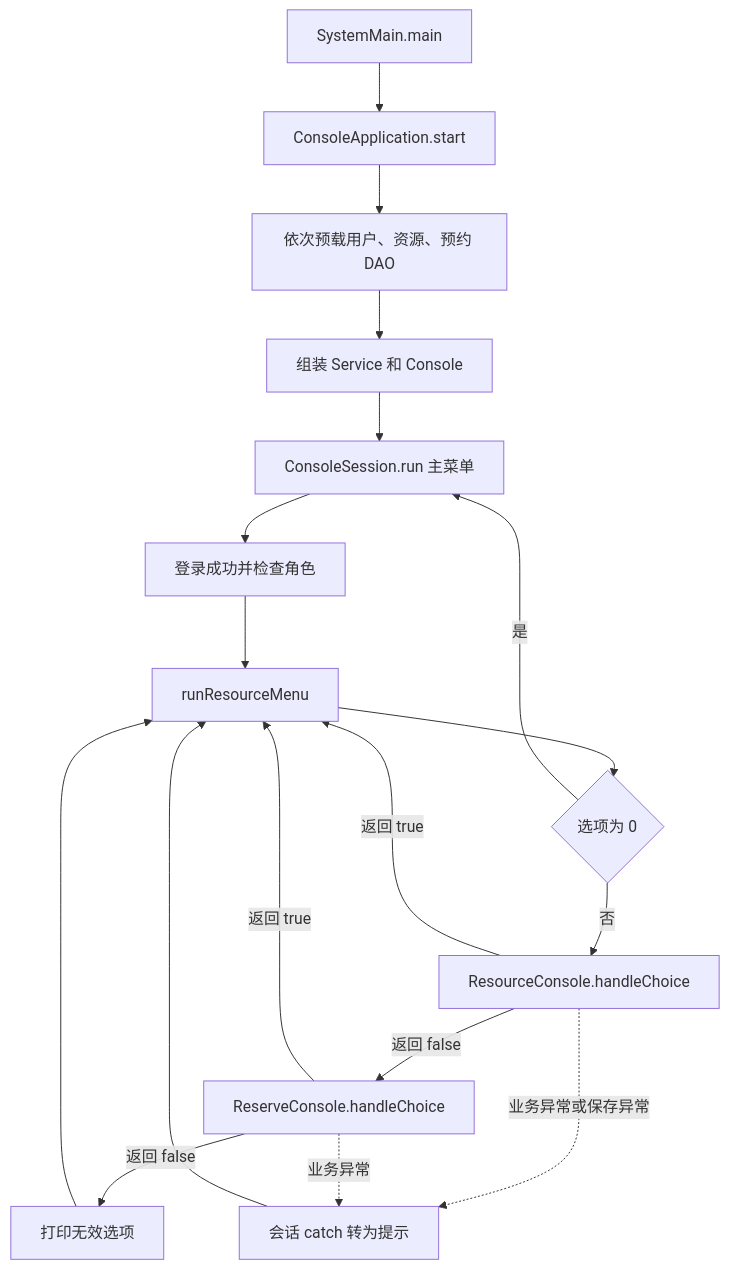
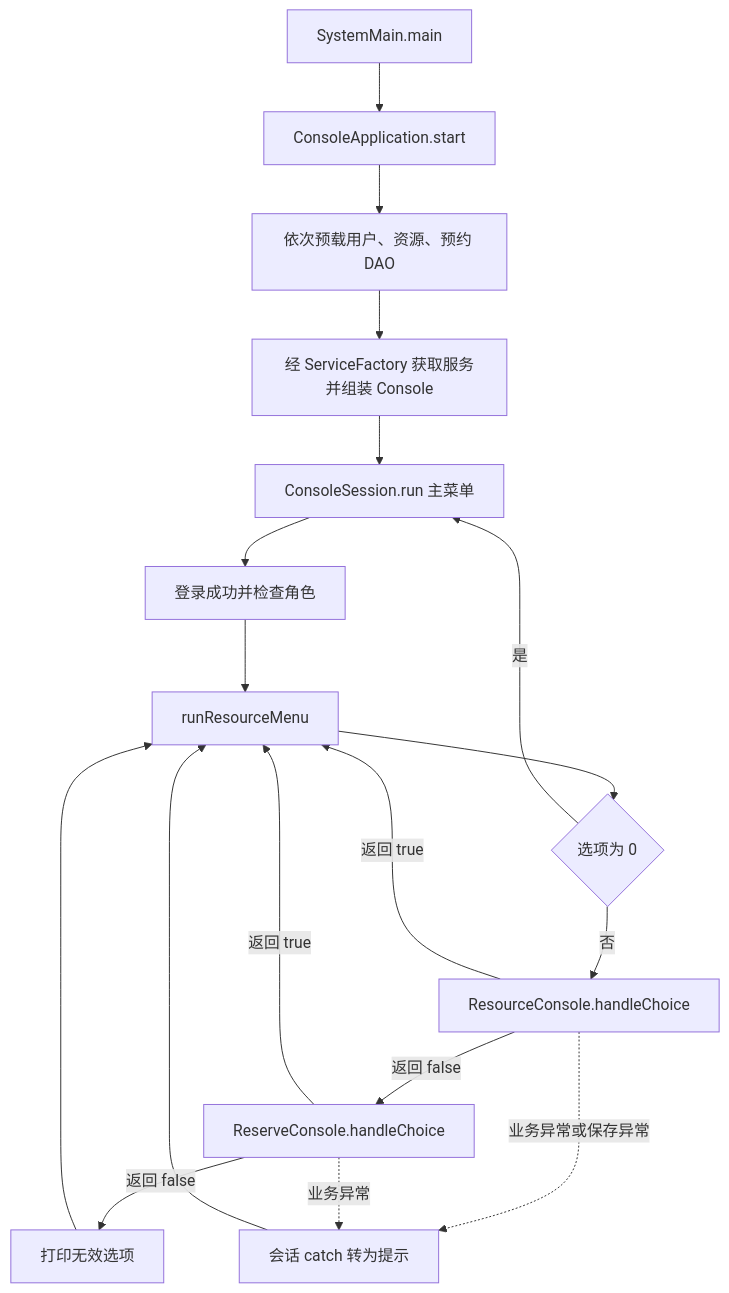
One commit to NobelKing0126/software-construction changed the first of 2 diagrams in docs/study/V3.3-课程答辩问答/03-UI与异常逐文件问答.md. Above: the diagram before and after it, drawn with Mermaid. The commit also changed other lines of this file and 13 other files, not shown here.

````diff
--- a/docs/study/V3.3-课程答辩问答/03-UI与异常逐文件问答.md
+++ b/docs/study/V3.3-课程答辩问答/03-UI与异常逐文件问答.md
@@ -7,20 +7,20 @@
 ```mermaid
 flowchart TD
     A[SystemMain.main] --> B[ConsoleApplication.start]
     B --> C[依次预载用户、资源、预约 DAO]
-    C --> D[组装 Service 和 Console]
+    C --> D[经 ServiceFactory 获取服务并组装 Console]
     D --> E[ConsoleSession.run 主菜单]
     E --> F[登录成功并检查角色]
     F --> G[runResourceMenu]
     G --> H{选项为 0}
     H -->|是| E
     H -->|否| I[ResourceConsole.handleChoice]
     I -->|返回 true| G
     I -->|返回 false| J[ReserveConsole.handleChoice]
     J -->|返回 true| G
     J -->|返回 false| K[打印无效选项]
     K --> G
     I -.业务异常或保存异常.-> L[会话 catch 转为提示]
     J -.业务异常.-> L
     L --> G
 ```
````
